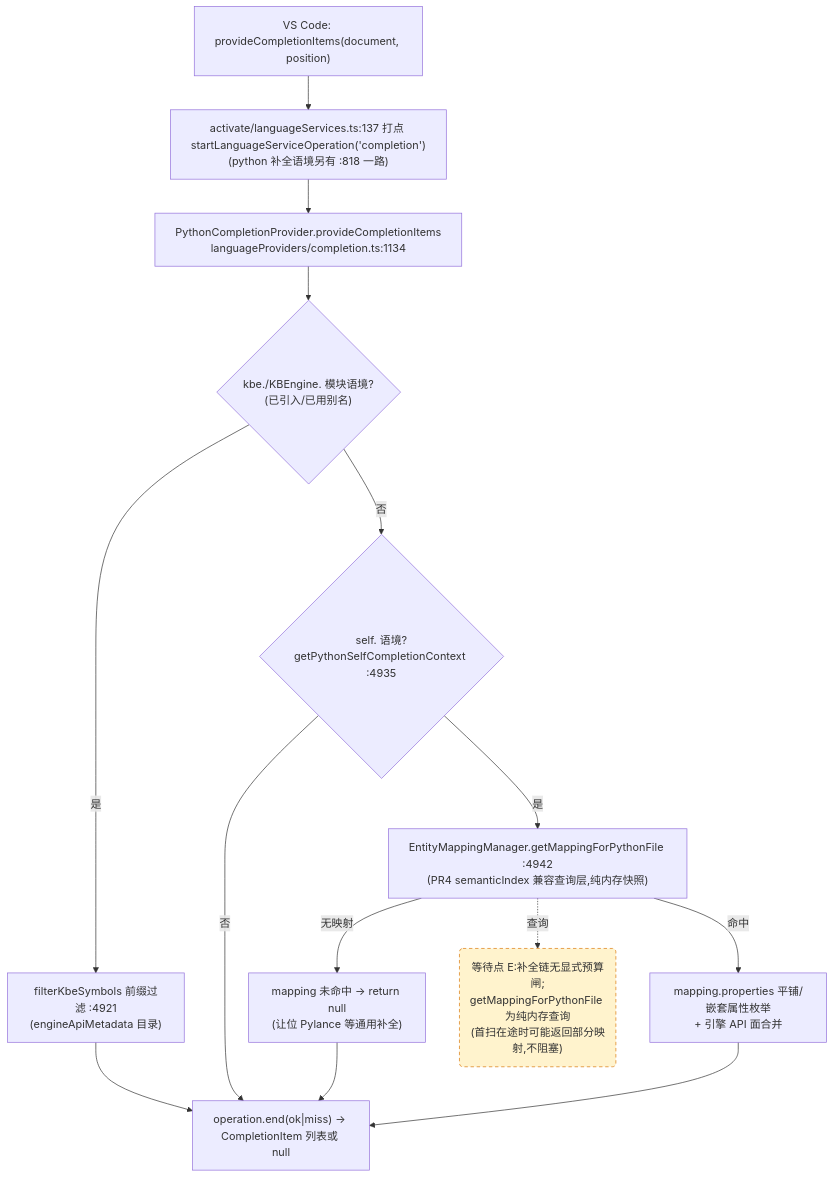
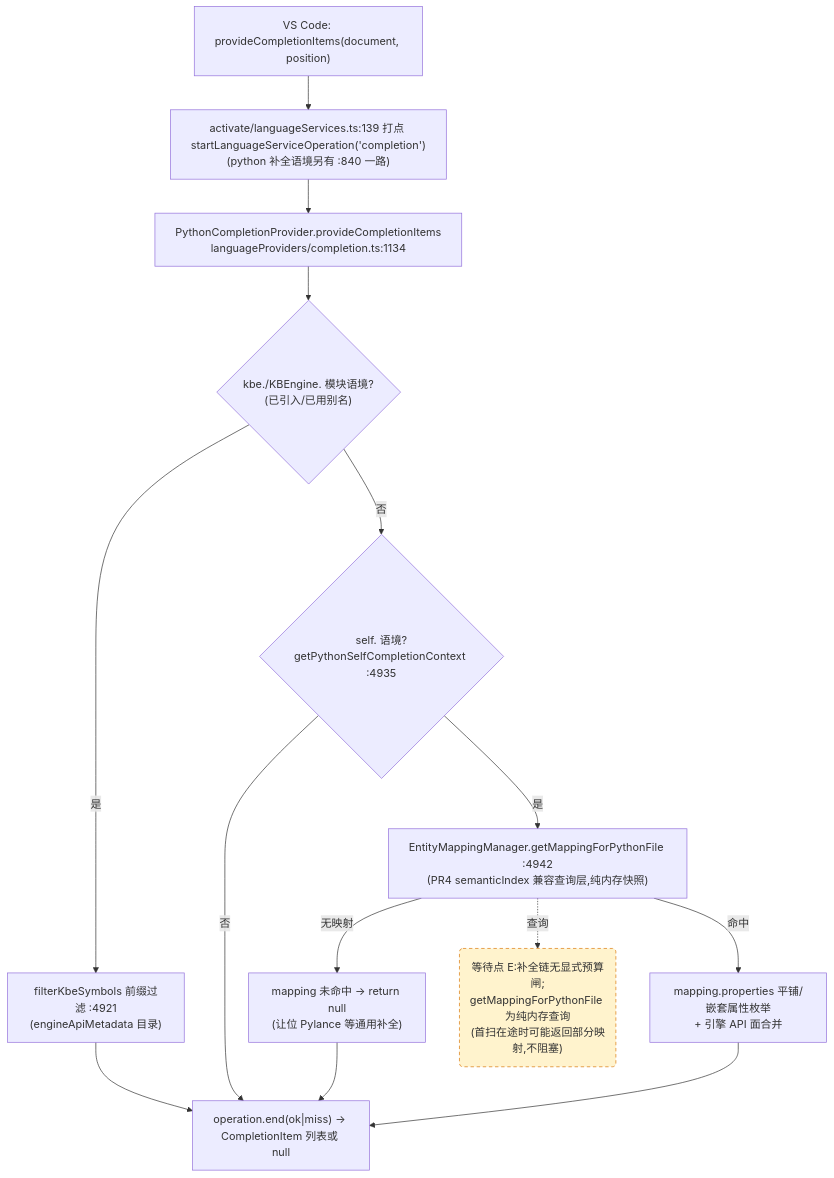
One commit to cuihairu/kode changed the third of 4 diagrams in docs/perf/2026-baseline.md. Above: the diagram before and after it, drawn with Mermaid. The commit also changed other lines of this file and 11 other files, not shown here.

````diff
--- a/docs/perf/2026-baseline.md
+++ b/docs/perf/2026-baseline.md
@@ -202,27 +202,27 @@
 ```mermaid
 flowchart TD
   VC3["VS Code: provideCompletionItems(document, position)"]
-  M3["activate/languageServices.ts:137 打点 startLanguageServiceOperation('completion')<br/>(python 补全语境另有 :818 一路)"]
+  M3["activate/languageServices.ts:139 打点 startLanguageServiceOperation('completion')<br/>(python 补全语境另有 :840 一路)"]
   CP["PythonCompletionProvider.provideCompletionItems<br/>languageProviders/completion.ts:1134"]
   KBEC{"kbe./KBEngine. 模块语境?<br/>(已引入/已用别名)"}
   FILTER["filterKbeSymbols 前缀过滤 :4921<br/>(engineApiMetadata 目录)"]
   SELFC{"self. 语境?<br/>getPythonSelfCompletionContext :4935"}
   MAP["EntityMappingManager.getMappingForPythonFile :4942<br/>(PR4 semanticIndex 兼容查询层,纯内存快照)"]
   NOMAP["mapping 未命中 → return null<br/>(让位 Pylance 等通用补全)"]
   PROPS["mapping.properties 平铺/嵌套属性枚举<br/>+ 引擎 API 面合并"]
   END3["operation.end(ok|miss) → CompletionItem 列表或 null"]
 
   VC3 --> M3 --> CP --> KBEC
   KBEC -- "是" --> FILTER --> END3
   KBEC -- "否" --> SELFC
   SELFC -- "否" --> END3
   SELFC -- "是" --> MAP
   MAP -- "无映射" --> NOMAP --> END3
   MAP -- "命中" --> PROPS --> END3
 
   WAITE("等待点 E:补全链无显式预算闸;<br/>getMappingForPythonFile 为纯内存查询<br/>(首扫在途时可能返回部分映射,不阻塞)")
   MAP -.->|查询| WAITE
 
   classDef waitPoint fill:#fff3cd,stroke:#d97706,stroke-dasharray:5 4;
   class WAITE waitPoint;
 ```
````
